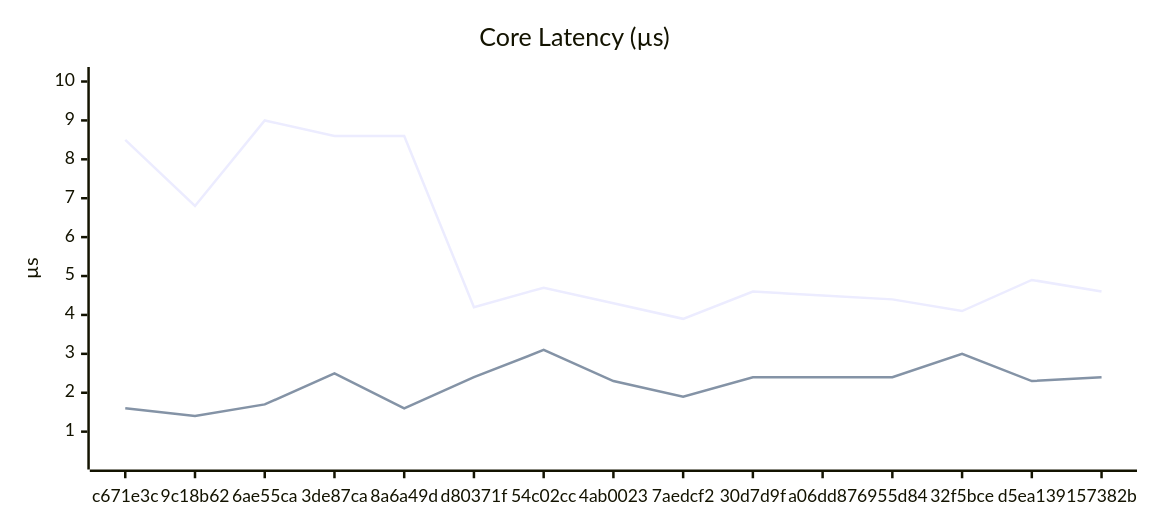
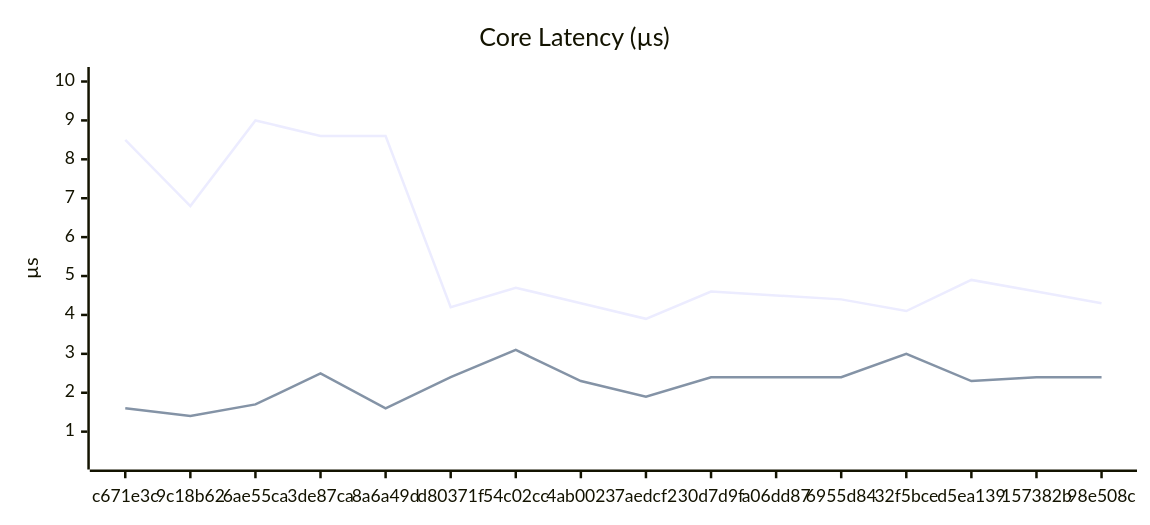
The first of 6 diagrams in docs/BENCHMARKS.md (Ikolvi/titan), drawn with Mermaid before and after one commit. The commit also changed other lines of this file, not shown here.

````diff
--- a/docs/BENCHMARKS.md
+++ b/docs/BENCHMARKS.md
@@ -63,15 +64,15 @@
 ```mermaid
 ---
 config:
     xyChart:
         width: 900
         height: 400
         plotColorPalette: "#4e79a7, #f28e2c, #e15759, #76b7b2, #59a14f, #edc949"
 ---
 xychart-beta
     title "Core Latency (µs)"
-    x-axis ["c671e3c", "9c18b62", "6ae55ca", "3de87ca", "8a6a49d", "d80371f", "54c02cc", "4ab0023", "7aedcf2", "30d7d9f", "a06dd87", "6955d84", "32f5bce", "d5ea139", "157382b"]
+    x-axis ["c671e3c", "9c18b62", "6ae55ca", "3de87ca", "8a6a49d", "d80371f", "54c02cc", "4ab0023", "7aedcf2", "30d7d9f", "a06dd87", "6955d84", "32f5bce", "d5ea139", "157382b", "98e508c"]
     y-axis "µs" 0.3 --> 10.1
-    line [8.5, 6.8, 9.0, 8.6, 8.6, 4.2, 4.7, 4.3, 3.9, 4.6, 4.5, 4.4, 4.1, 4.9, 4.6]
-    line [1.6, 1.4, 1.7, 2.5, 1.6, 2.4, 3.1, 2.3, 1.9, 2.4, 2.4, 2.4, 3.0, 2.3, 2.4]
+    line [8.5, 6.8, 9.0, 8.6, 8.6, 4.2, 4.7, 4.3, 3.9, 4.6, 4.5, 4.4, 4.1, 4.9, 4.6, 4.3]
+    line [1.6, 1.4, 1.7, 2.5, 1.6, 2.4, 3.1, 2.3, 1.9, 2.4, 2.4, 2.4, 3.0, 2.3, 2.4, 2.4]
 ```
````
